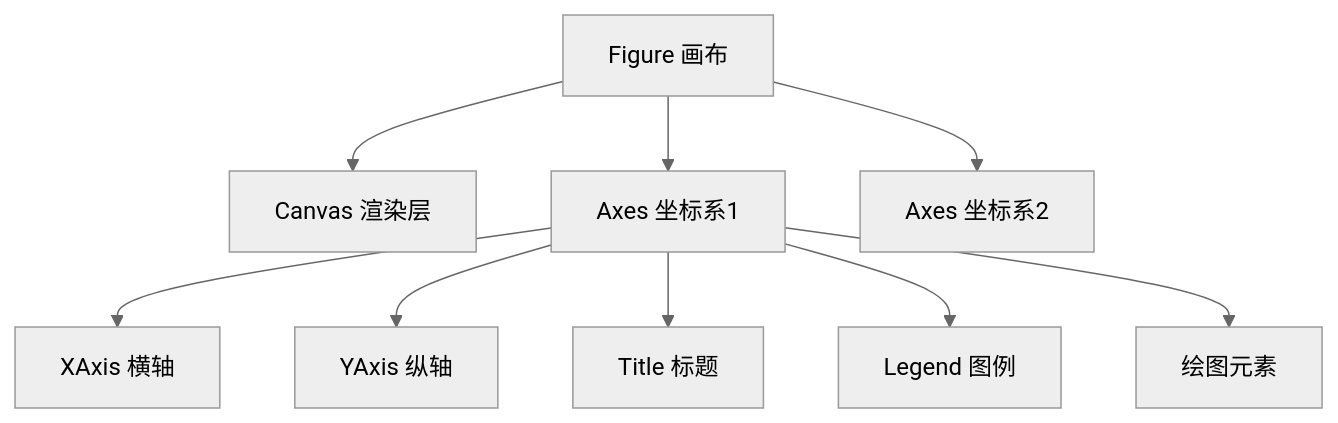
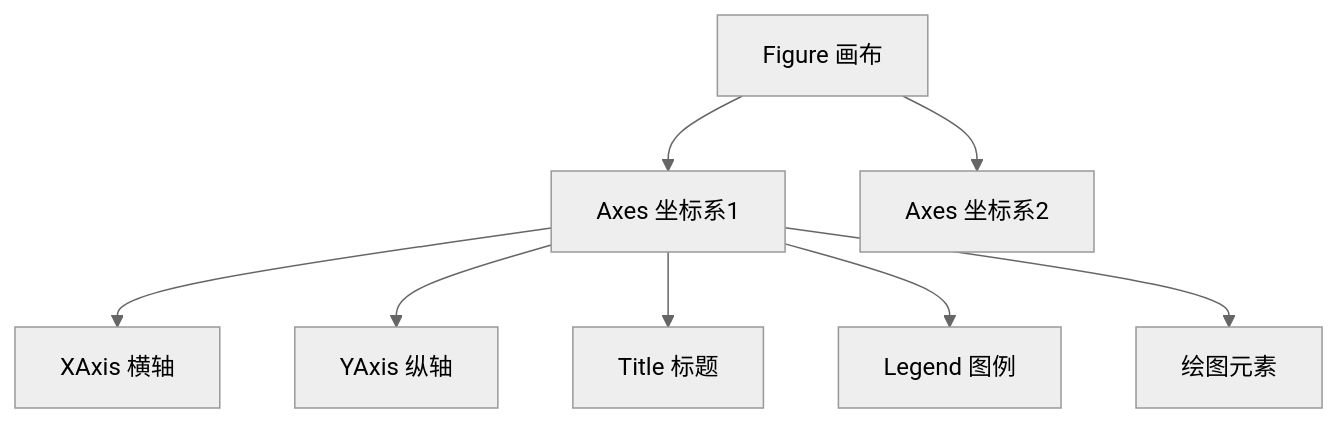
One commit to KD6137-min/Notes changed the diagram in Python/数据分析/Matplotlib.md. Above: the diagram before and after it, drawn with Mermaid (neutral theme). The commit also changed other lines of this file and 3 other files, not shown here.

````diff
--- a/Python/数据分析/Matplotlib.md
+++ b/Python/数据分析/Matplotlib.md
@@ -45,11 +43,10 @@
 ```mermaid
 graph TD
-    Figure[Figure 画布] --> Canvas[Canvas 渲染层]
-    Figure --> Axes1[Axes 坐标系1]
+    Figure[Figure 画布] --> Axes1[Axes 坐标系1]
     Figure --> Axes2[Axes 坐标系2]
     Axes1 --> AxisX[XAxis 横轴]
     Axes1 --> AxisY[YAxis 纵轴]
     Axes1 --> Title[Title 标题]
     Axes1 --> Legend[Legend 图例]
     Axes1 --> Plot[绘图元素]
 ```
````
